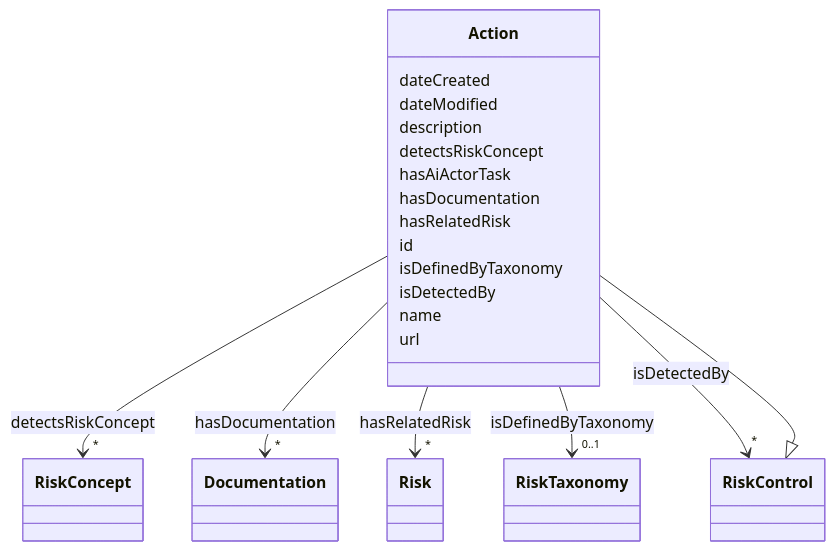
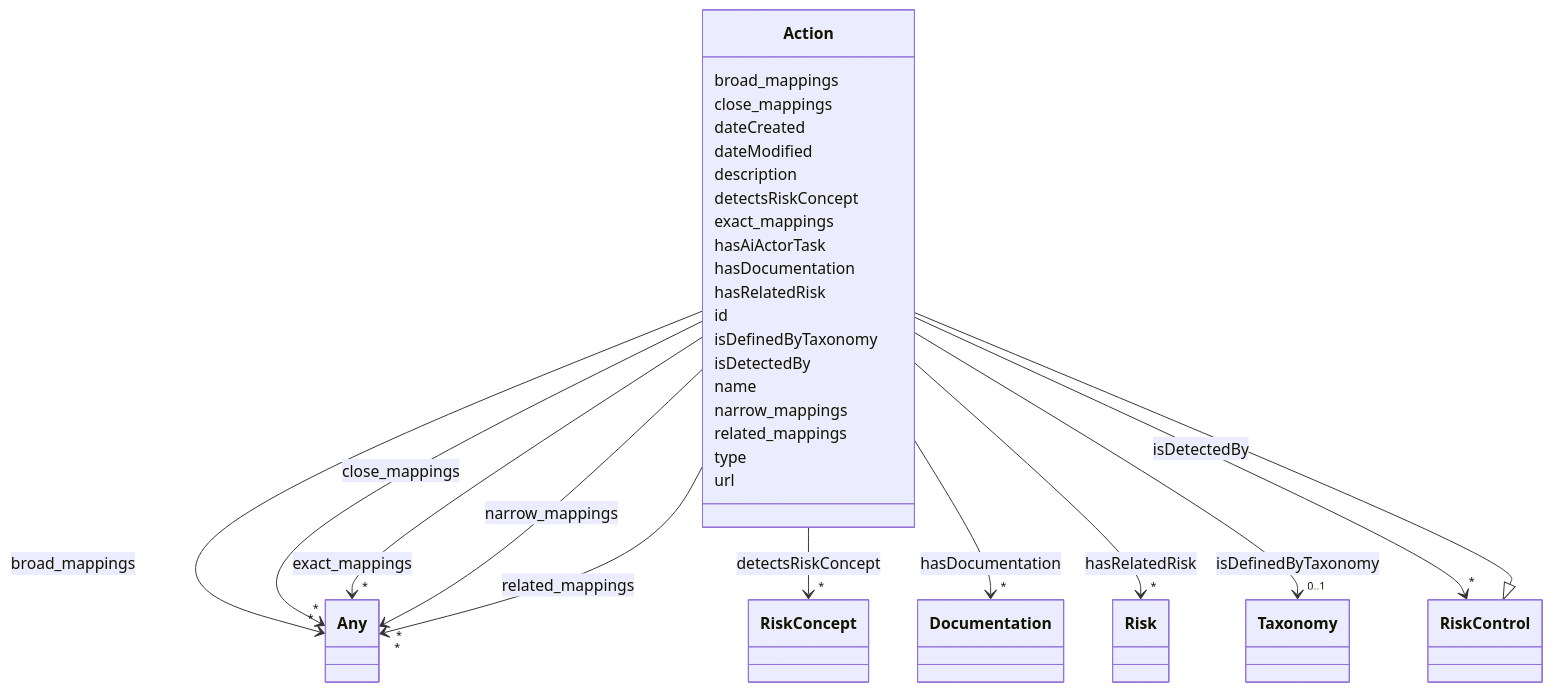
Before and after one commit to ingelise/risk-atlas-nexus: the diagram in docs/ontology/Action.md, drawn with Mermaid. The commit also changed other lines of this file and 180 other files, not shown here.

```diff
--- a/docs/ontology/Action.md
+++ b/docs/ontology/Action.md
@@ -21,6 +21,28 @@
     click Action href "../Action/"
       RiskControl <|-- Action
         click RiskControl href "../RiskControl/"
+
+      Action : broad_mappings
+
+
+
+
+
+        Action --> "*" Any : broad_mappings
+        click Any href "../Any/"
+
+
+
+      Action : close_mappings
+
+
+
+
+
+        Action --> "*" Any : close_mappings
+        click Any href "../Any/"
+
+
 
       Action : dateCreated
 
@@ -36,6 +58,17 @@
 
         Action --> "*" RiskConcept : detectsRiskConcept
         click RiskConcept href "../RiskConcept/"
+
+
+
+      Action : exact_mappings
+
+
+
+
+
+        Action --> "*" Any : exact_mappings
+        click Any href "../Any/"
 
 
 
@@ -71,8 +104,8 @@
 
 
 
-        Action --> "0..1" RiskTaxonomy : isDefinedByTaxonomy
-        click RiskTaxonomy href "../RiskTaxonomy/"
+        Action --> "0..1" Taxonomy : isDefinedByTaxonomy
+        click Taxonomy href "../Taxonomy/"
 
 
 
@@ -89,6 +122,30 @@
 
       Action : name
 
+      Action : narrow_mappings
+
+
+
+
+
+        Action --> "*" Any : narrow_mappings
+        click Any href "../Any/"
+
+
+
+      Action : related_mappings
+
+
+
+
+
+        Action --> "*" Any : related_mappings
+        click Any href "../Any/"
+
+
+
+      Action : type
+
       Action : url
 
 
```
